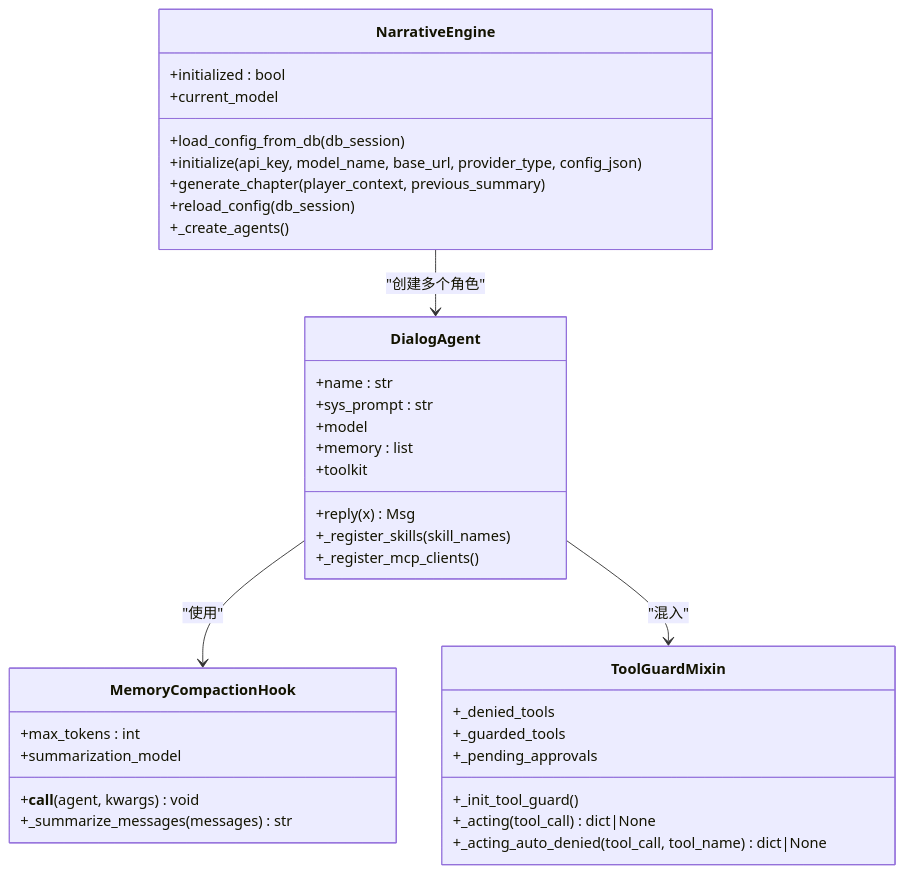
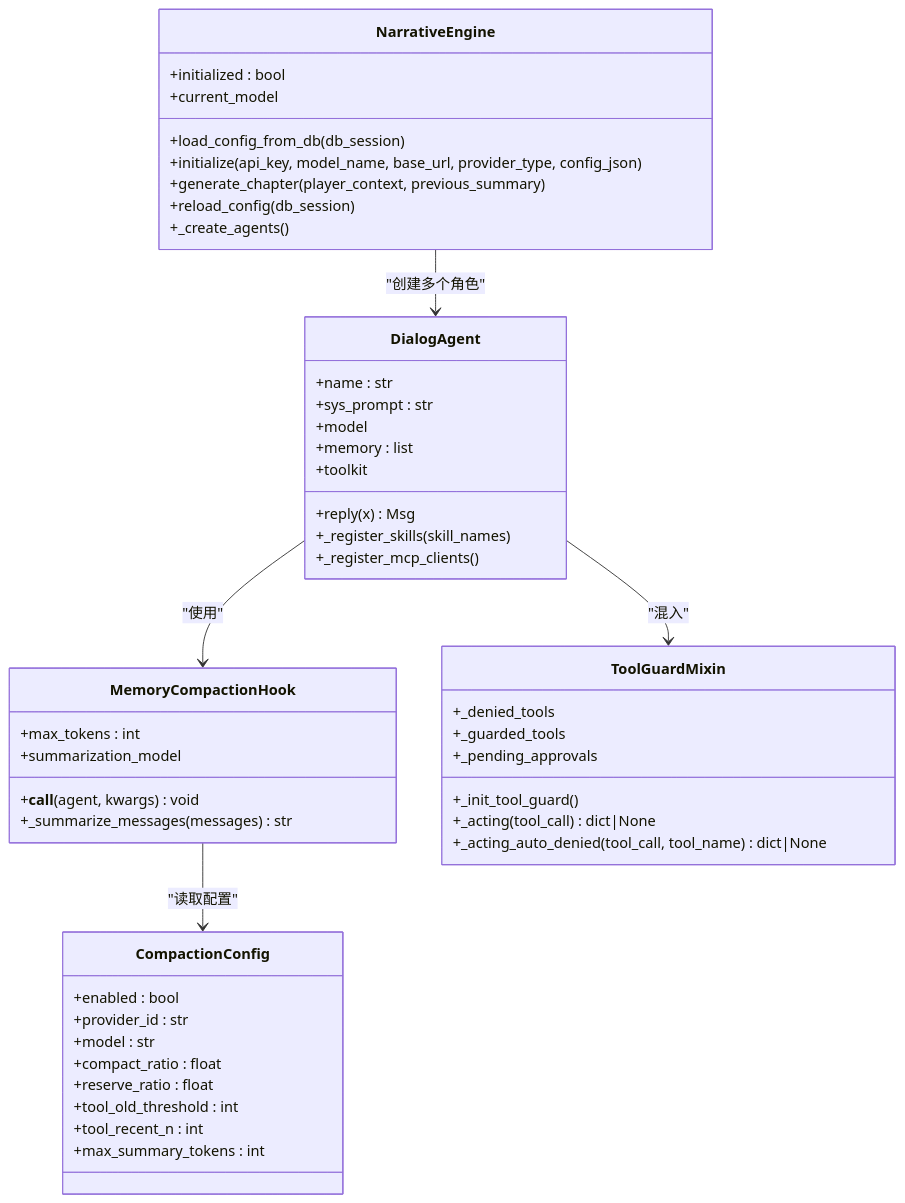
The third of 9 diagrams in .qoder/repowiki/zh/content/AI智能体系统/AI智能体系统.md (KunLabAI/KunFlix), drawn with Mermaid before and after one commit. The commit also changed other lines of this file and 14 other files, not shown here.

````diff
--- a/.qoder/repowiki/zh/content/AI智能体系统/AI智能体系统.md
+++ b/.qoder/repowiki/zh/content/AI智能体系统/AI智能体系统.md
@@ -163,39 +183,50 @@
 ```mermaid
 classDiagram
 class DialogAgent {
 +name : str
 +sys_prompt : str
 +model
 +memory : list
 +toolkit
 +reply(x) Msg
 +_register_skills(skill_names)
 +_register_mcp_clients()
 }
 class MemoryCompactionHook {
 +max_tokens : int
 +summarization_model
 +__call__(agent, kwargs) void
 +_summarize_messages(messages) str
+}
+class CompactionConfig {
++enabled : bool
++provider_id : str
++model : str
++compact_ratio : float
++reserve_ratio : float
++tool_old_threshold : int
++tool_recent_n : int
++max_summary_tokens : int
 }
 class ToolGuardMixin {
 +_denied_tools
 +_guarded_tools
 +_pending_approvals
 +_init_tool_guard()
 +_acting(tool_call) dict|None
 +_acting_auto_denied(tool_call, tool_name) dict|None
 }
 class NarrativeEngine {
 +initialized : bool
 +current_model
 +load_config_from_db(db_session)
 +initialize(api_key, model_name, base_url, provider_type, config_json)
 +generate_chapter(player_context, previous_summary)
 +reload_config(db_session)
 +_create_agents()
 }
 DialogAgent --> MemoryCompactionHook : "使用"
 DialogAgent --> ToolGuardMixin : "混入"
+MemoryCompactionHook --> CompactionConfig : "读取配置"
 NarrativeEngine --> DialogAgent : "创建多个角色"
 ```
````
